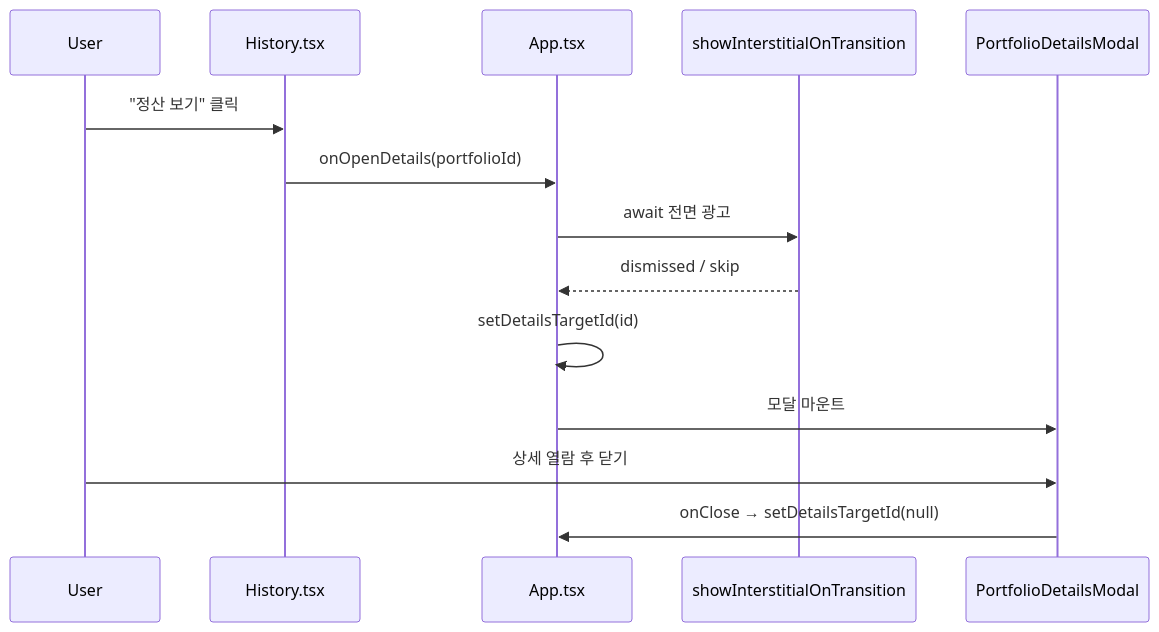
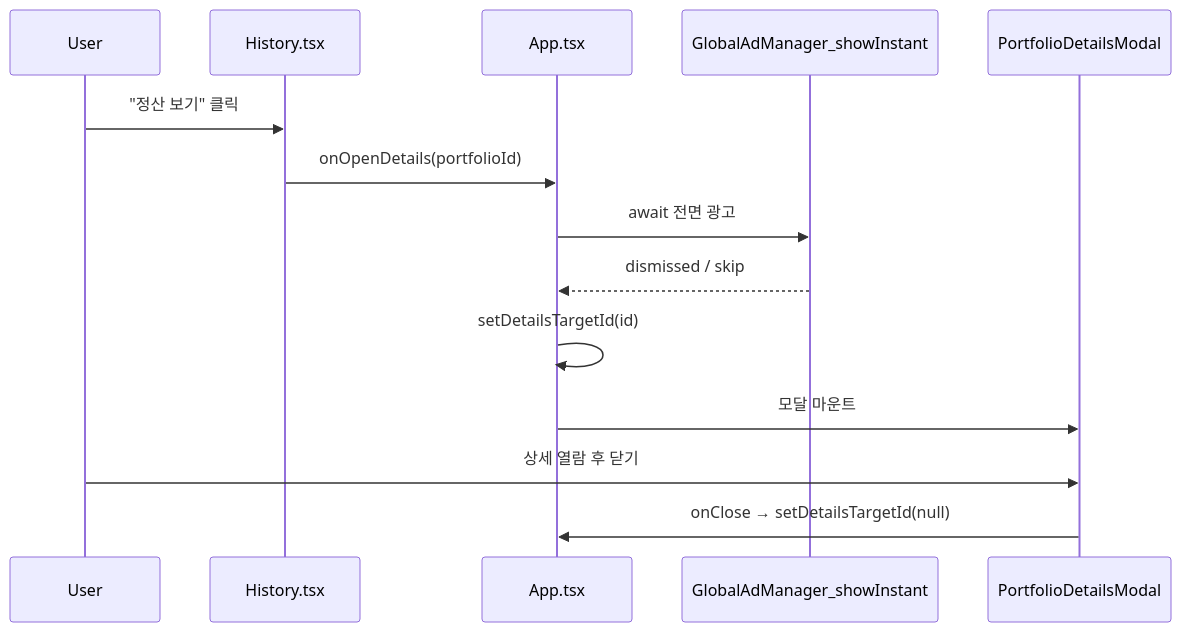
Before and after one commit to stillyoung8810-png/BTD-alarm2: the first of 2 diagrams in docs/ad_placement_refactoring_plan.md, drawn with Mermaid. The commit also changed other lines of this file and 17 other files, not shown here.

````diff
--- a/docs/ad_placement_refactoring_plan.md
+++ b/docs/ad_placement_refactoring_plan.md
@@ -94,17 +98,17 @@
 ```mermaid
 sequenceDiagram
   participant User
   participant History as History.tsx
   participant App as App.tsx
-  participant Ad as showInterstitialOnTransition
+  participant Ad as GlobalAdManager_showInstant
   participant Modal as PortfolioDetailsModal
 
   User->>History: "정산 보기" 클릭
   History->>App: onOpenDetails(portfolioId)
   App->>Ad: await 전면 광고
   Ad-->>App: dismissed / skip
   App->>App: setDetailsTargetId(id)
   App->>Modal: 모달 마운트
   User->>Modal: 상세 열람 후 닫기
   Modal->>App: onClose → setDetailsTargetId(null)
 ```
````
